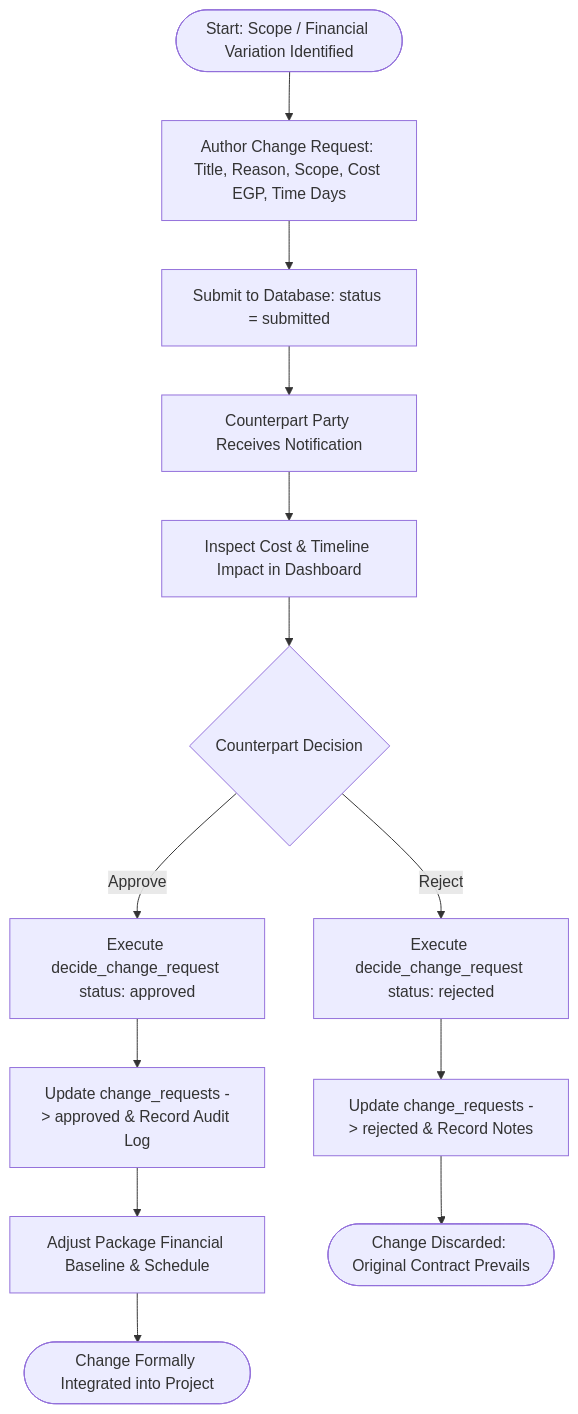
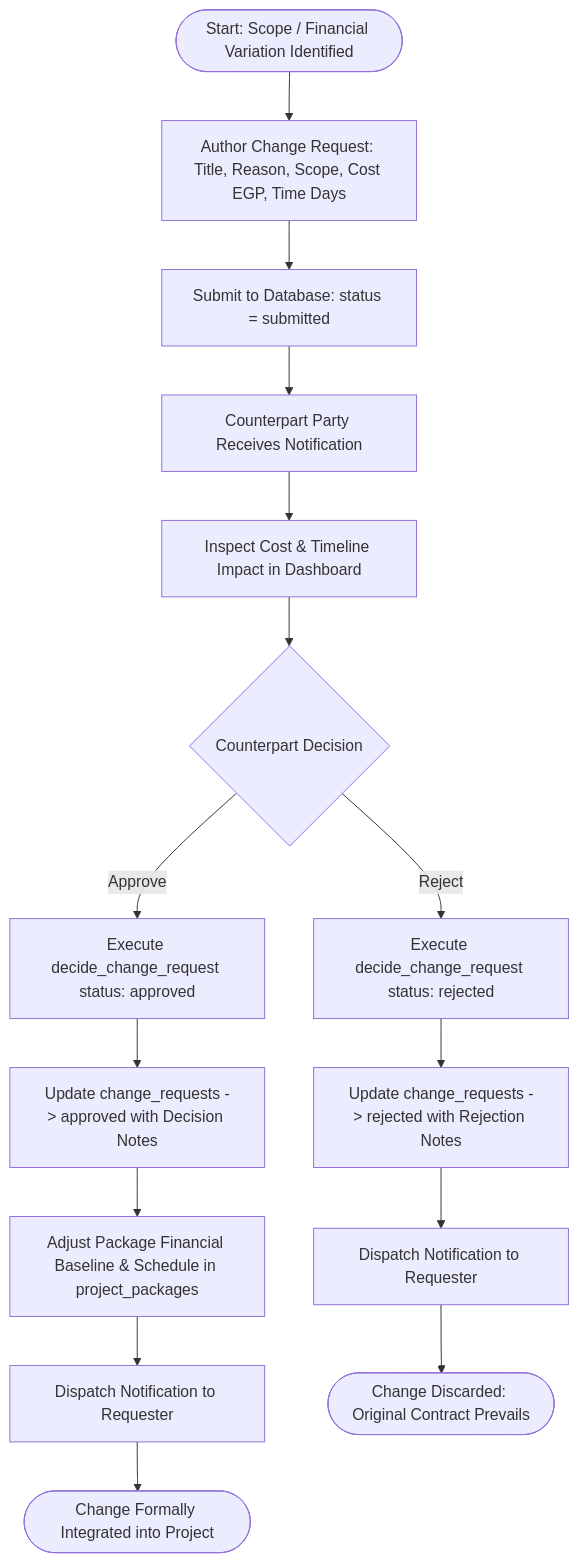
One commit to Mahmoud-ELsayed520/BuildMatch changed the diagram in docs/03-system-design/diagrams/activity-change-request.mmd. Above: the diagram before and after it, drawn with Mermaid. The commit also changed 15 other files, not shown here.

Commit message:
docs(sad): apply targeted accuracy corrections for physical ERD, RPC behaviors, and storage scopes

```diff
--- a/docs/03-system-design/diagrams/activity-change-request.mmd
+++ b/docs/03-system-design/diagrams/activity-change-request.mmd
@@ -1,16 +1,18 @@
 graph TD
   Start([Start: Scope / Financial Variation Identified]) --> AuthorCR[Author Change Request: Title, Reason, Scope, Cost EGP, Time Days]
   AuthorCR --> SubmitCR[Submit to Database: status = submitted]
   SubmitCR --> NotifyReviewer[Counterpart Party Receives Notification]
 
   NotifyReviewer --> InspectCR[Inspect Cost & Timeline Impact in Dashboard]
   InspectCR --> DecideCR{Counterpart Decision}
 
   DecideCR -- Approve --> CallApproveRPC[Execute decide_change_request status: approved]
-  CallApproveRPC --> CommitApproval[Update change_requests -> approved & Record Audit Log]
-  CommitApproval --> ApplyChanges[Adjust Package Financial Baseline & Schedule]
-  ApplyChanges --> EndApproved([Change Formally Integrated into Project])
+  CallApproveRPC --> CommitApproval[Update change_requests -> approved with Decision Notes]
+  CommitApproval --> ApplyChanges[Adjust Package Financial Baseline & Schedule in project_packages]
+  ApplyChanges --> NotifyRequester[Dispatch Notification to Requester]
+  NotifyRequester --> EndApproved([Change Formally Integrated into Project])
 
   DecideCR -- Reject --> CallRejectRPC[Execute decide_change_request status: rejected]
-  CallRejectRPC --> CommitRejection[Update change_requests -> rejected & Record Notes]
-  CommitRejection --> EndRejected([Change Discarded: Original Contract Prevails])
+  CallRejectRPC --> CommitRejection[Update change_requests -> rejected with Rejection Notes]
+  CommitRejection --> NotifyReject[Dispatch Notification to Requester]
+  NotifyReject --> EndRejected([Change Discarded: Original Contract Prevails])
```
